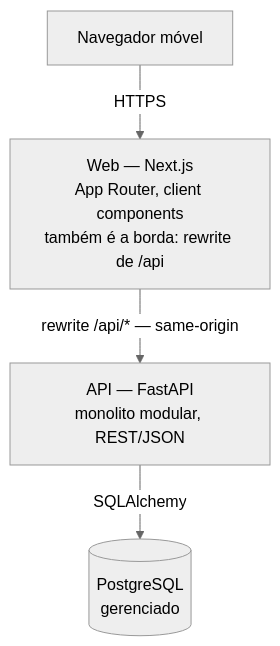
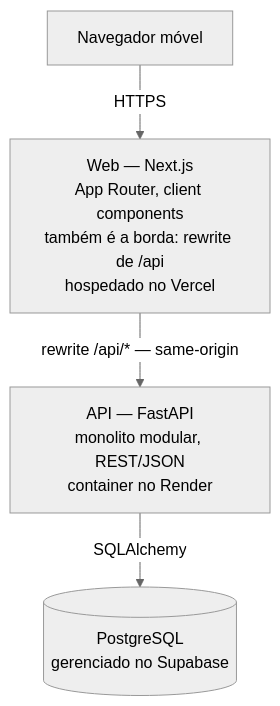
Before and after one commit to thiagolbf/prato_certo: the second of 3 diagrams in docs/architecture/proposta-arquitetural.md, drawn with Mermaid (neutral theme). The commit also changed other lines of this file and 1 other file, not shown here.

First line of the commit message:
docs: adiciona ADR-008 de hospedagem (Vercel, Render, Supabase) e alinha o PRD-001

````diff
--- a/docs/architecture/proposta-arquitetural.md
+++ b/docs/architecture/proposta-arquitetural.md
@@ -244,11 +272,11 @@
 ```mermaid
 flowchart TB
     Browser["Navegador móvel"]
-    Web["Web — Next.js<br/>App Router, client components<br/>também é a borda: rewrite de /api"]
-    API["API — FastAPI<br/>monolito modular, REST/JSON"]
-    DB[("PostgreSQL<br/>gerenciado")]
+    Web["Web — Next.js<br/>App Router, client components<br/>também é a borda: rewrite de /api<br/>hospedado no Vercel"]
+    API["API — FastAPI<br/>monolito modular, REST/JSON<br/>container no Render"]
+    DB[("PostgreSQL<br/>gerenciado no Supabase")]
 
     Browser -->|HTTPS| Web
     Web -->|"rewrite /api/* — same-origin"| API
     API -->|SQLAlchemy| DB
 ```
````
